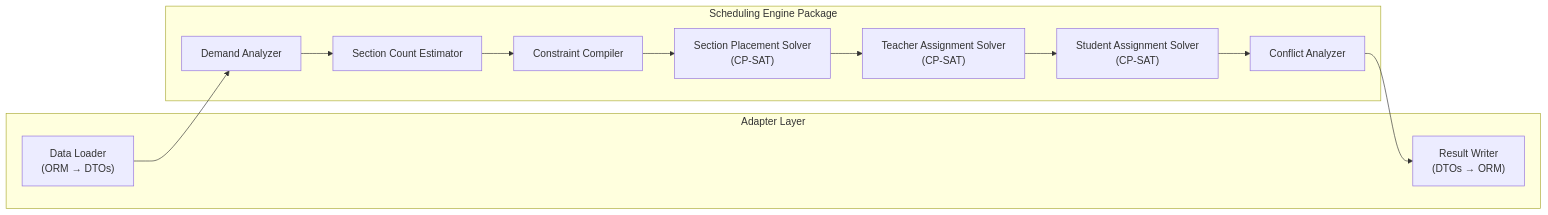
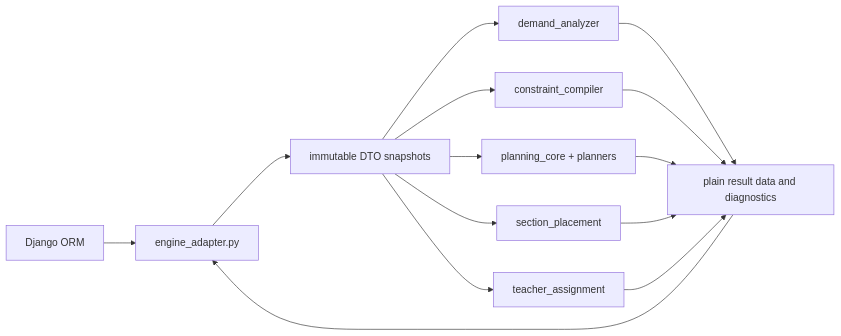
Before and after one commit to Yvan-DeSouza/School-Schedule-Optimizer: the fourth of 6 diagrams in docs/Software_Design_Document.md, drawn with Mermaid. The commit also changed other lines of this file, not shown here.

````diff
--- a/docs/Software_Design_Document.md
+++ b/docs/Software_Design_Document.md
@@ -347,19 +508,16 @@
 ```mermaid
 flowchart LR
-    subgraph Adapter Layer
-        LOAD["Data Loader<br/>(ORM → DTOs)"]
-        SAVE["Result Writer<br/>(DTOs → ORM)"]
-    end
-
-    subgraph Scheduling Engine Package
-        DA["Demand Analyzer"]
-        SC["Section Count Estimator"]
-        CC["Constraint Compiler"]
-        SP["Section Placement Solver<br/>(CP-SAT)"]
-        TA["Teacher Assignment Solver<br/>(CP-SAT)"]
-        SA["Student Assignment Solver<br/>(CP-SAT)"]
-        CA["Conflict Analyzer"]
-    end
-
-    LOAD --> DA --> SC --> CC --> SP --> TA --> SA --> CA --> SAVE
+    ORM["Django ORM"] --> ADAPTER["engine_adapter.py"]
+    ADAPTER --> DTO["immutable DTO snapshots"]
+    DTO --> DA["demand_analyzer"]
+    DTO --> CC["constraint_compiler"]
+    DTO --> PLAN["planning_core + planners"]
+    DTO --> PLACE["section_placement"]
+    DTO --> TA["teacher_assignment"]
+    DA --> RESULT["plain result data and diagnostics"]
+    CC --> RESULT
+    PLAN --> RESULT
+    PLACE --> RESULT
+    TA --> RESULT
+    RESULT --> ADAPTER
 ```
````
